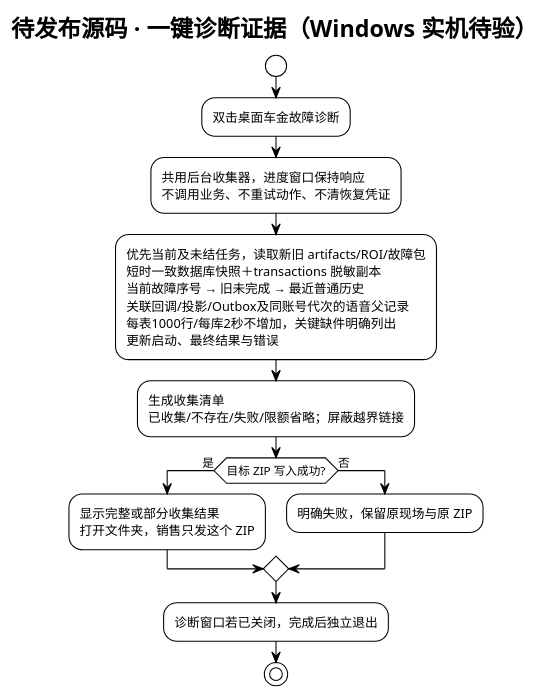
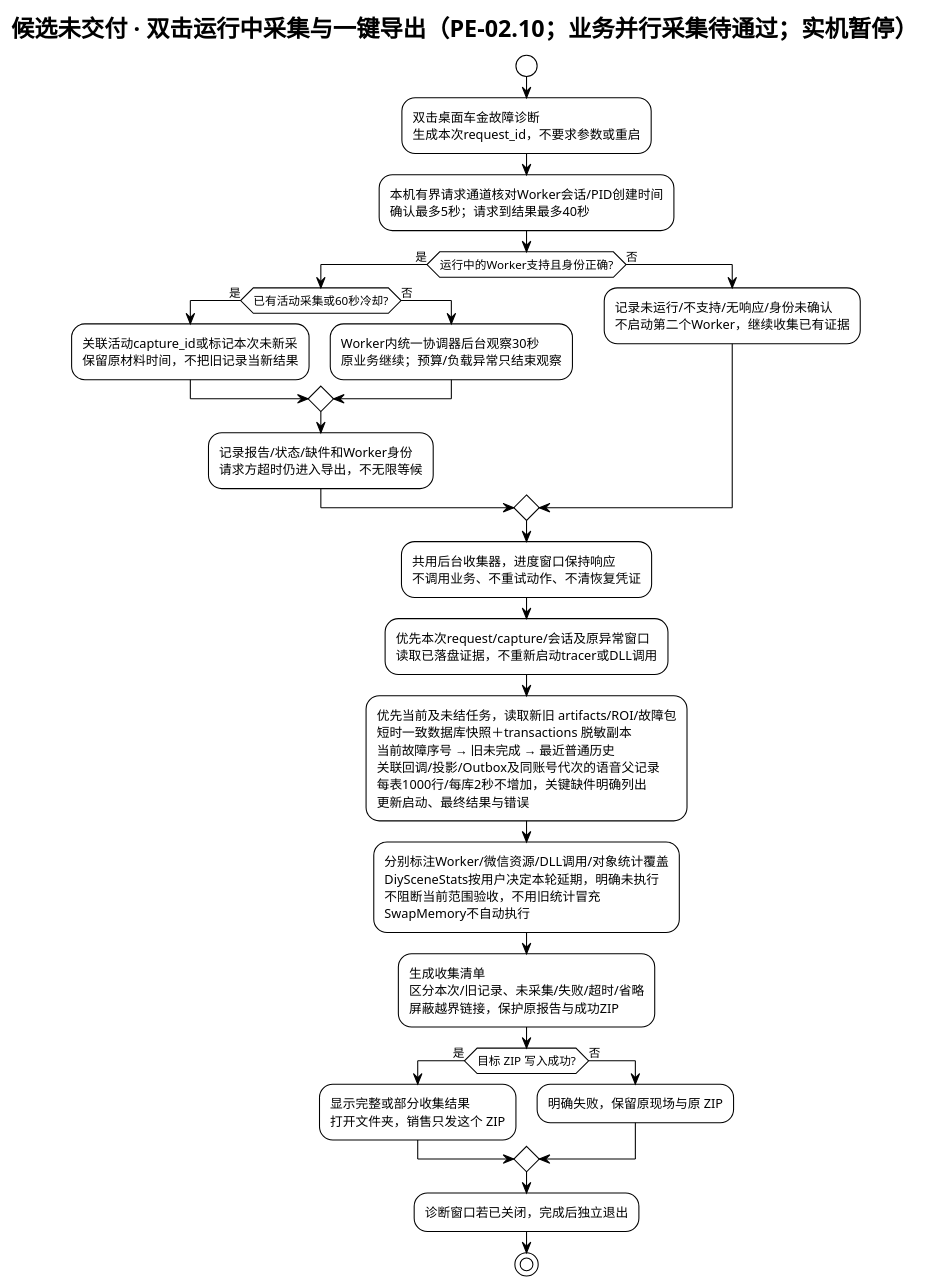
One commit to edwardzhang0304/chejin-ai-sales changed the fifth of 9 diagrams in deliverables/AI智能客服售前跟进系统_全流程图_v0.10.28.puml. Above: the diagram before and after it, drawn with PlantUML. The commit also changed other lines of this file and 30 other files, not shown here.

```diff
--- a/deliverables/AI智能客服售前跟进系统_全流程图_v0.10.28.puml
+++ b/deliverables/AI智能客服售前跟进系统_全流程图_v0.10.28.puml
@@ -560,24 +562,48 @@
 @startuml support_fault_evidence
 !theme plain
-title 待发布源码 · 一键诊断证据（Windows 实机待验）
+title 候选未交付 · 双击运行中采集与一键导出（PE-02.10；业务并行采集待通过；实机暂停）
 start
-:双击桌面车金故障诊断;
+:双击桌面车金故障诊断
+生成本次request_id，不要求参数或重启;
+:本机有界请求通道核对Worker会话/PID创建时间
+确认最多5秒；请求到结果最多40秒;
+if (运行中的Worker支持且身份正确?) then (是)
+  if (已有活动采集或60秒冷却?) then (是)
+    :关联活动capture_id或标记本次未新采
+保留原材料时间，不把旧记录当新结果;
+  else (否)
+    :Worker内统一协调器后台观察30秒
+原业务继续；预算/负载异常只结束观察;
+  endif
+  :记录报告/状态/缺件和Worker身份
+请求方超时仍进入导出，不无限等候;
+else (否)
+  :记录未运行/不支持/无响应/身份未确认
+不启动第二个Worker，继续收集已有证据;
+endif
 :共用后台收集器，进度窗口保持响应
 不调用业务、不重试动作、不清恢复凭证;
+:优先本次request/capture/会话及原异常窗口
+读取已落盘证据，不重新启动tracer或DLL调用;
 :优先当前及未结任务，读取新旧 artifacts/ROI/故障包
 短时一致数据库快照＋transactions 脱敏副本
 当前故障序号 → 旧未完成 → 最近普通历史
 关联回调/投影/Outbox及同账号代次的语音父记录
 每表1000行/每库2秒不增加，关键缺件明确列出
 更新启动、最终结果与错误;
+:分别标注Worker/微信资源/DLL调用/对象统计覆盖
+DiySceneStats按用户决定本轮延期，明确未执行
+不阻断当前范围验收，不用旧统计冒充
+SwapMemory不自动执行;
 :生成收集清单
-已收集/不存在/失败/限额省略；屏蔽越界链接;
+区分本次/旧记录、未采集/失败/超时/省略
+屏蔽越界链接，保护原报告与成功ZIP;
 if (目标 ZIP 写入成功?) then (是)
   :显示完整或部分收集结果
 打开文件夹，销售只发这个 ZIP;
 else (否)
   :明确失败，保留原现场与原 ZIP;
 endif
 :诊断窗口若已关闭，完成后独立退出;
 stop
 @enduml
```
